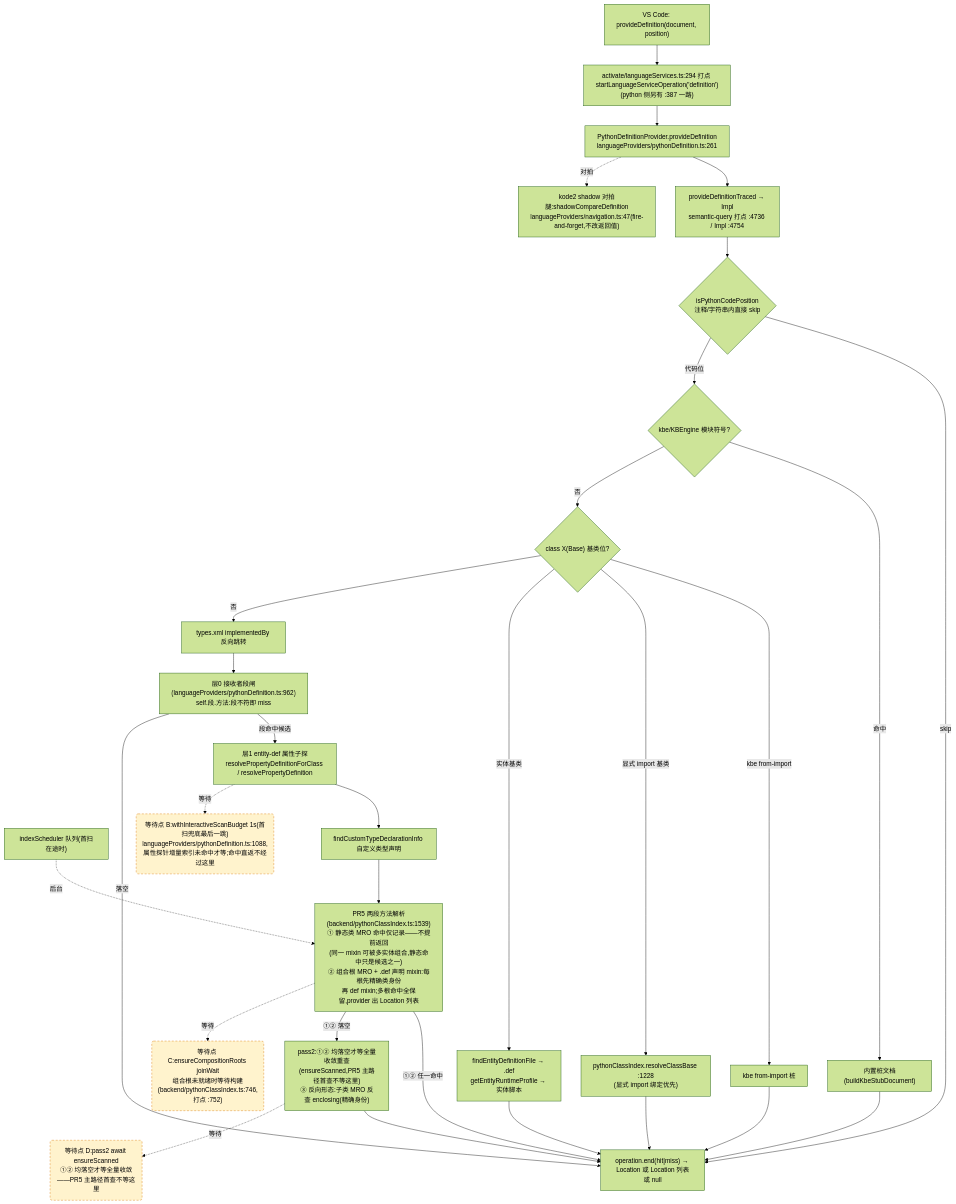
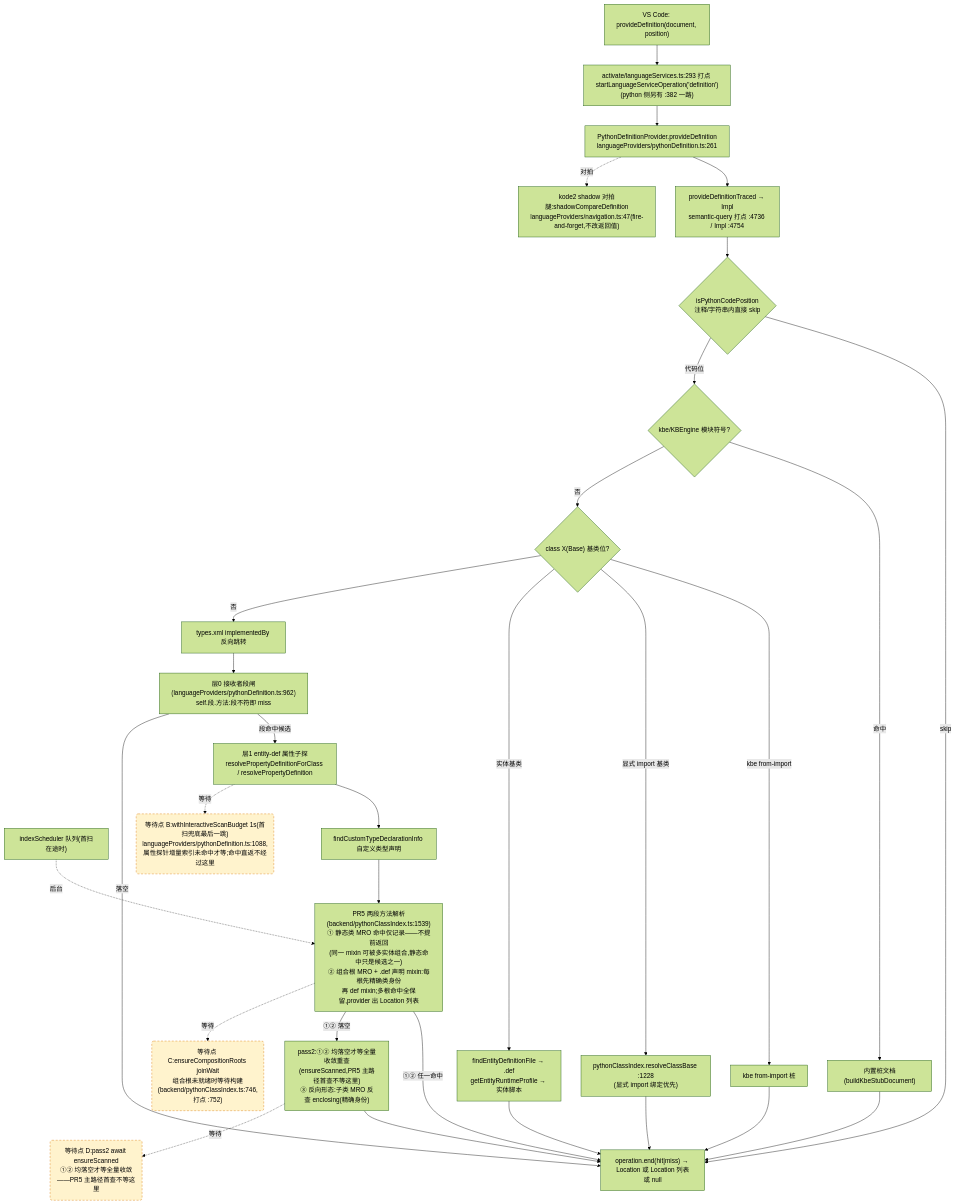
The second of 4 diagrams in docs/perf/2026-baseline.md (cuihairu/kode), drawn with Mermaid (forest theme) before and after one commit. The commit also changed other lines of this file and 9 other files, not shown here.

````diff
--- a/docs/perf/2026-baseline.md
+++ b/docs/perf/2026-baseline.md
@@ -148,51 +148,51 @@
 ```mermaid
 flowchart TD
   VC2["VS Code: provideDefinition(document, position)"]
-  M2["activate/languageServices.ts:294 打点 startLanguageServiceOperation('definition')<br/>(python 侧另有 :387 一路)"]
+  M2["activate/languageServices.ts:293 打点 startLanguageServiceOperation('definition')<br/>(python 侧另有 :382 一路)"]
   AD2["PythonDefinitionProvider.provideDefinition<br/>languageProviders/pythonDefinition.ts:261"]
   TR["provideDefinitionTraced → Impl<br/>semantic-query 打点 :4736 / Impl :4754"]
   CTX{"isPythonCodePosition<br/>注释/字符串内直接 skip"}
   KBE{"kbe/KBEngine 模块符号?"}
   STUB["内置桩文档(buildKbeStubDocument)"]
   CB{"class X(Base) 基类位?"}
   CB1["kbe from-import 桩"]
   CB2["pythonClassIndex.resolveClassBase :1228<br/>(显式 import 绑定优先)"]
   CB3["findEntityDefinitionFile → .def<br/>getEntityRuntimeProfile → 实体脚本"]
   REV["types.xml implementedBy 反向跳转"]
   L0["层0 接收者段闸(languageProviders/pythonDefinition.ts:962)<br/>self.段.方法:段不符即 miss"]
   L1["层1 entity-def 属性子探<br/>resolvePropertyDefinitionForClass / resolvePropertyDefinition"]
   SCAN["indexScheduler 队列(首扫在途时)"]
   TY["findCustomTypeDeclarationInfo 自定义类型声明"]
   MRO["PR5 两段方法解析(backend/pythonClassIndex.ts:1539)<br/>① 静态类 MRO 命中仅记录——不提前返回<br/>(同一 mixin 可被多实体组合,静态命中只是候选之一)<br/>② 组合根 MRO + .def 声明 mixin:每根先精确类身份<br/>再 def mixin;多根命中全保留,provider 出 Location 列表"]
   PASS2["pass2:①② 均落空才等全量收敛重查<br/>(ensureScanned,PR5 主路径首查不等这里)<br/>③ 反向形态:子类 MRO 反查 enclosing(精确身份)"]
   SHD["kode2 shadow 对拍腿:shadowCompareDefinition<br/>languageProviders/navigation.ts:47(fire-and-forget,不改返回值)"]
   END2["operation.end(hit|miss) → Location 或 Location 列表或 null"]
 
   VC2 --> M2 --> AD2 --> TR --> CTX
   CTX -- "skip" --> END2
   CTX -- "代码位" --> KBE
   KBE -- "命中" --> STUB --> END2
   KBE -- "否" --> CB
   CB -- "kbe from-import" --> CB1 --> END2
   CB -- "显式 import 基类" --> CB2 --> END2
   CB -- "实体基类" --> CB3 --> END2
   CB -- "否" --> REV --> L0
   L0 -- "段命中候选" --> L1
   L0 -- "落空" --> END2
   L1 --> TY
   TY --> MRO
   MRO -- "①② 任一命中" --> END2
   MRO -- "①② 落空" --> PASS2 --> END2
   AD2 -.->|对拍| SHD
 
   WAITB("等待点 B:withInteractiveScanBudget 1s(首扫兜底最后一跳)<br/>languageProviders/pythonDefinition.ts:1088,属性探针增量索引未命中才等;命中直返不经过这里")
   WAITC("等待点 C:ensureCompositionRoots joinWait<br/>组合根未就绪时等待构建(backend/pythonClassIndex.ts:746,打点 :752)")
   WAITD("等待点 D:pass2 await ensureScanned<br/>①② 均落空才等全量收敛——PR5 主路径首查不等这里")
   L1 -.->|等待| WAITB
   MRO -.->|等待| WAITC
   PASS2 -.->|等待| WAITD
   SCAN -.->|后台| MRO
 
   classDef waitPoint fill:#fff3cd,stroke:#d97706,stroke-dasharray:5 4;
   class WAITB,WAITC,WAITD waitPoint;
 ```
````
